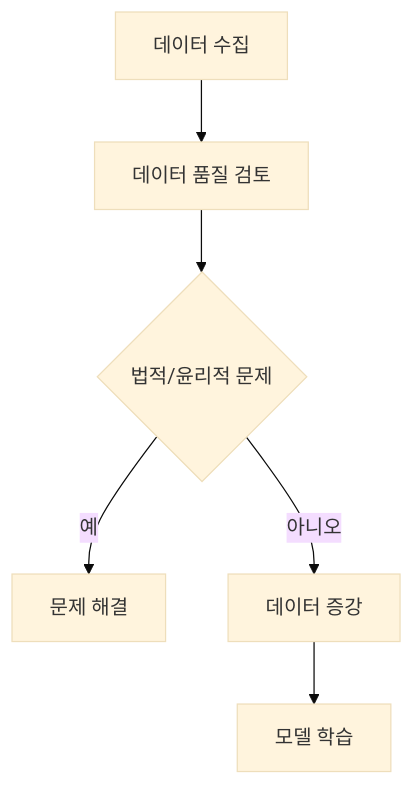
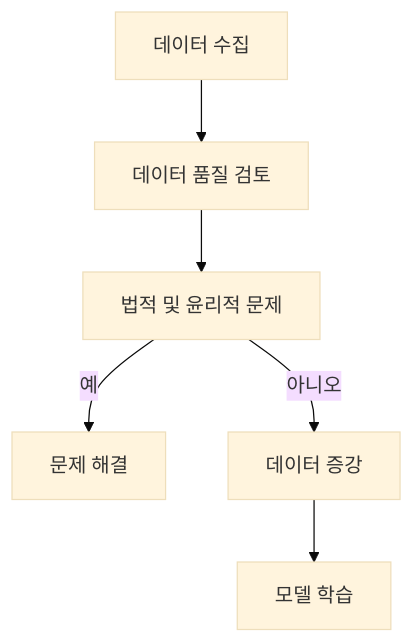
Before and after one commit to 42jerrykim/42jerrykim.github.io: the ninth of 10 diagrams in content/post/2024/2024-08-27-gen-ai-architecture/index.md, drawn with Mermaid (base theme). The commit also changed other lines of this file and 239 other files, not shown here.

````diff
--- a/content/post/2024/2024-08-27-gen-ai-architecture/index.md
+++ b/content/post/2024/2024-08-27-gen-ai-architecture/index.md
@@ -454,8 +368,14 @@
 ```mermaid
-graph TD;
-    A[데이터 수집] --> B[데이터 품질 검토]
-    B --> C{법적/윤리적 문제}
-    C -->|예| D[문제 해결]
-    C -->|아니오| E[데이터 증강]
-    E --> F[모델 학습]
+graph TD
+    DataCollectQ["데이터 수집"]
+    QualityReview["데이터 품질 검토"]
+    LegalCheck["법적 및 윤리적 문제"]
+    ResolveIssue["문제 해결"]
+    DataAugment["데이터 증강"]
+    ModelTrain["모델 학습"]
+    DataCollectQ --> QualityReview
+    QualityReview --> LegalCheck
+    LegalCheck -->|"예"| ResolveIssue
+    LegalCheck -->|"아니오"| DataAugment
+    DataAugment --> ModelTrain
 ```
````
